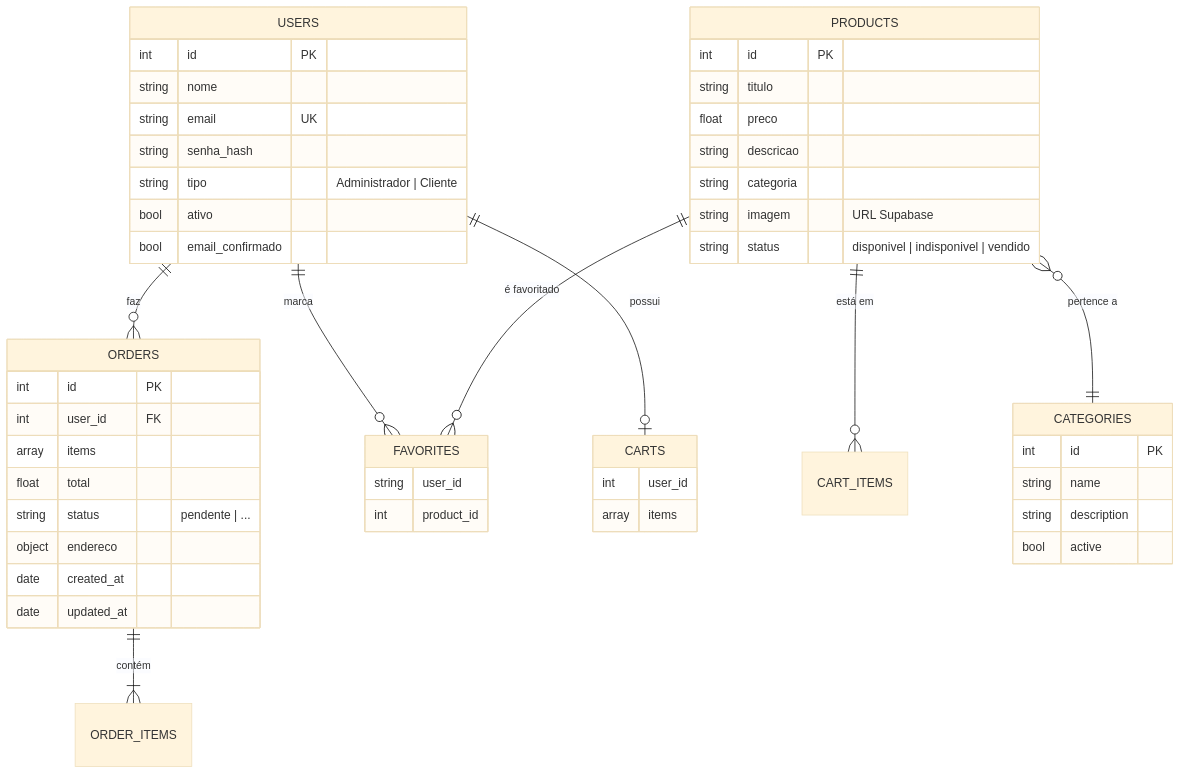
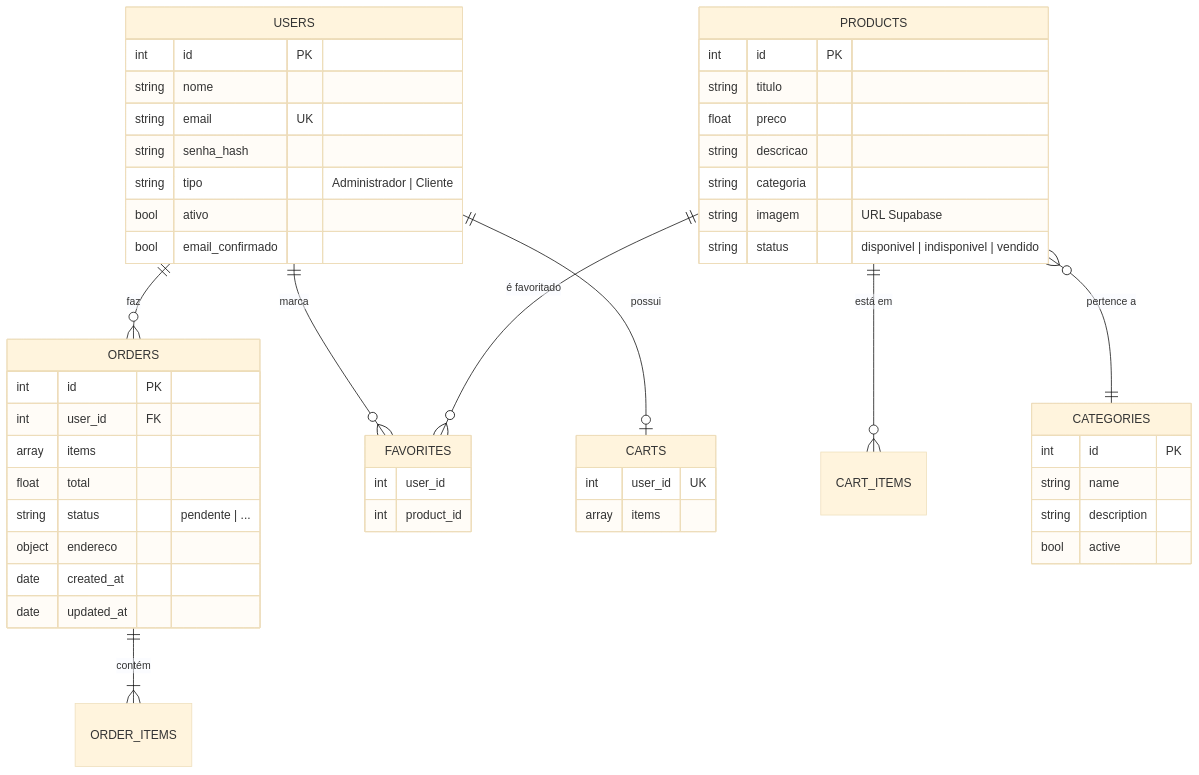
One commit to caique-az/luxus-brecho changed the third of 4 diagrams in docs/arquitetura.md. Above: the diagram before and after it, drawn with Mermaid (base theme). The commit also changed other lines of this file, not shown here.

````diff
--- a/docs/arquitetura.md
+++ b/docs/arquitetura.md
@@ -94,53 +104,53 @@
 ```mermaid
 erDiagram
     USERS ||--o{ ORDERS : "faz"
     USERS ||--o{ FAVORITES : "marca"
     USERS ||--o| CARTS : "possui"
     PRODUCTS ||--o{ FAVORITES : "é favoritado"
     PRODUCTS ||--o{ CART_ITEMS : "está em"
     PRODUCTS }o--|| CATEGORIES : "pertence a"
     ORDERS ||--|{ ORDER_ITEMS : "contém"
 
     USERS {
         int id PK
         string nome
         string email UK
         string senha_hash
         string tipo "Administrador | Cliente"
         bool ativo
         bool email_confirmado
     }
     PRODUCTS {
         int id PK
         string titulo
         float preco
         string descricao
         string categoria
         string imagem "URL Supabase"
         string status "disponivel | indisponivel | vendido"
     }
     CATEGORIES {
         int id PK
         string name
         string description
         bool active
     }
     ORDERS {
         int id PK
         int user_id FK
         array items
         float total
         string status "pendente | ..."
         object endereco
         date created_at
         date updated_at
     }
     FAVORITES {
-        string user_id
+        int user_id
         int product_id
     }
     CARTS {
-        int user_id
+        int user_id UK
         array items
     }
 ```
````
